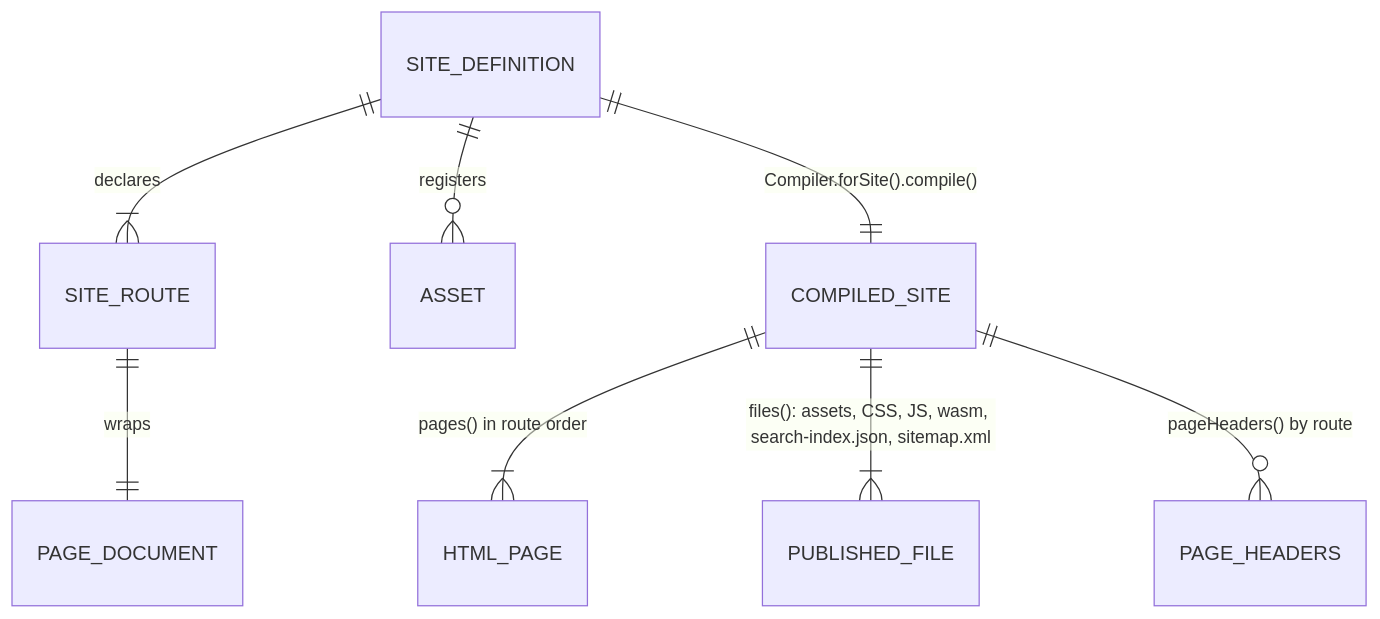
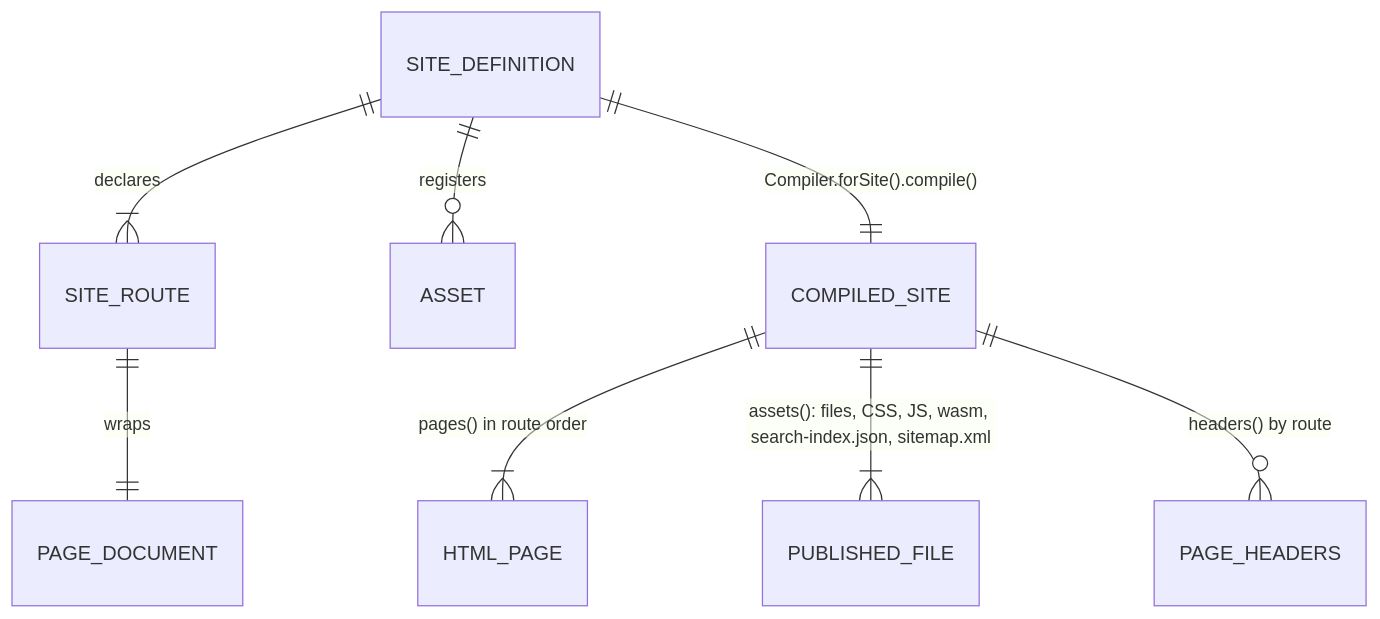
The diagram in docs/sites.md (thiagogcm/tessera), drawn with Mermaid before and after one commit. The commit also changed other lines of this file and 16 other files, not shown here.

````diff
--- a/docs/sites.md
+++ b/docs/sites.md
@@ -70,12 +70,12 @@
 ```mermaid
 erDiagram
     accTitle: Site inputs and compiled artifacts
     accDescr: SiteDefinition combines routes and assets into CompiledSite, which produces HTML pages, shared CSS, generated files, and per-route response headers.
     SITE_DEFINITION ||--|{ SITE_ROUTE : declares
     SITE_DEFINITION ||--o{ ASSET : registers
     SITE_ROUTE ||--|| PAGE_DOCUMENT : wraps
     SITE_DEFINITION ||--|| COMPILED_SITE : "Compiler.forSite().compile()"
     COMPILED_SITE ||--|{ HTML_PAGE : "pages() in route order"
-    COMPILED_SITE ||--|{ PUBLISHED_FILE : "files(): assets, CSS, JS, wasm, search-index.json, sitemap.xml"
-    COMPILED_SITE ||--o{ PAGE_HEADERS : "pageHeaders() by route"
+    COMPILED_SITE ||--|{ PUBLISHED_FILE : "assets(): files, CSS, JS, wasm, search-index.json, sitemap.xml"
+    COMPILED_SITE ||--o{ PAGE_HEADERS : "headers() by route"
 ```
````
